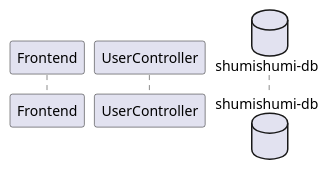
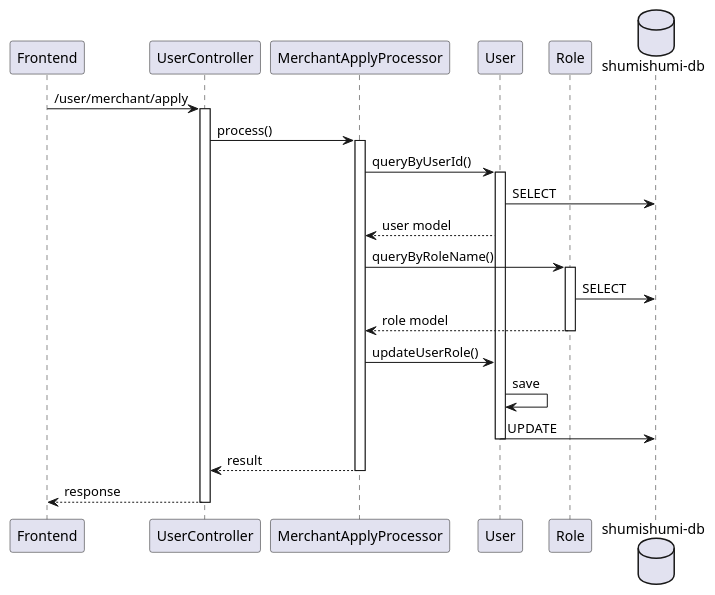
One commit to aldihsuhandi/skripsi-2023 changed the diagram in uml diagram/sequence diagram/BE/user controller/merchantApply.pu. Above: the diagram before and after it, drawn with PlantUML. The commit also changed 2 other files, not shown here.

Commit message:
finish sequence diagram for BE

```diff
--- a/uml diagram/sequence diagram/BE/user controller/merchantApply.pu
+++ b/uml diagram/sequence diagram/BE/user controller/merchantApply.pu
@@ -1,7 +1,31 @@
 @startuml merchantApply
 participant "Frontend" as fe
 participant "UserController" as uc
 
+participant "MerchantApplyProcessor" as proc
+
+participant "User" as um
+participant "Role" as rm
+
 database "shumishumi-db" as db
 
+fe -> uc++ : /user/merchant/apply
+uc -> proc++ : process()
+
+proc -> um++ : queryByUserId()
+um -> db : SELECT
+proc <-- um : user model
+
+proc -> rm++ : queryByRoleName()
+rm -> db : SELECT
+return role model
+
+proc -> um : updateUserRole()
+um -> um : save
+um -> db : UPDATE
+deactivate um
+
+return result
+return response
+
 @enduml
```
